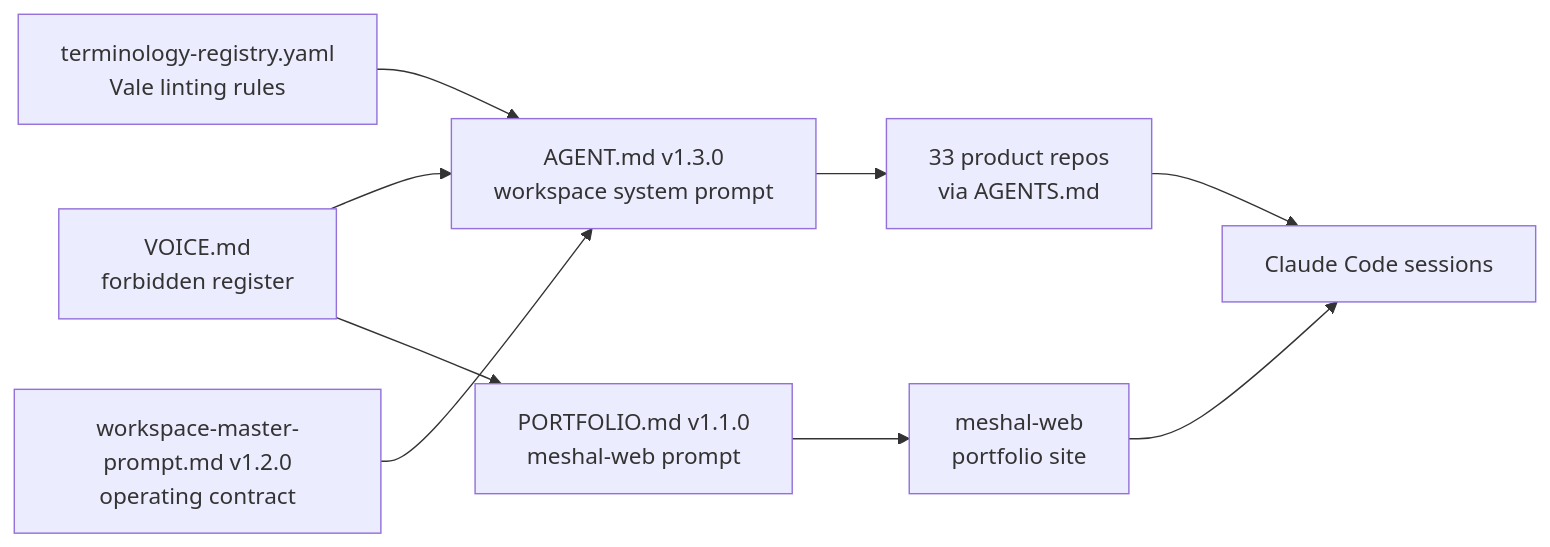
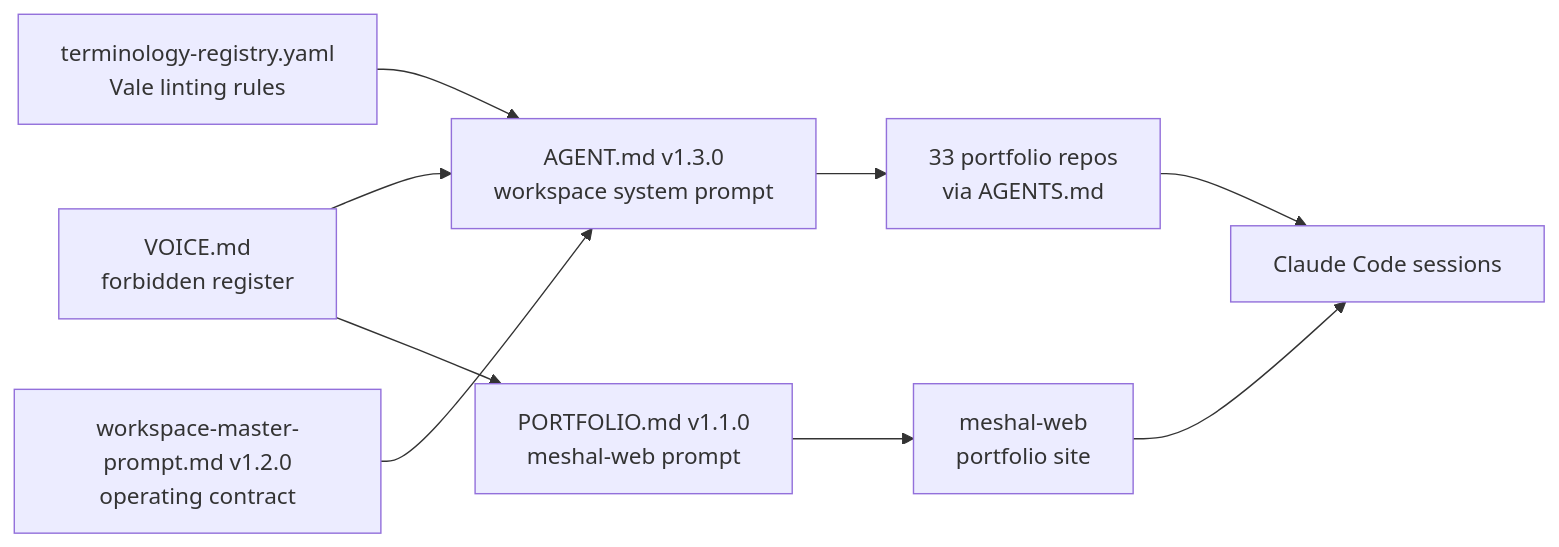
One commit to alawein/alawein changed the fourth of 6 diagrams in docs/architecture.md. Above: the diagram before and after it, drawn with Mermaid. The commit also changed other lines of this file, not shown here.

Commit message:
Declare two-axis topology model and correct architecture prose numbers

````diff
--- a/docs/architecture.md
+++ b/docs/architecture.md
@@ -131,17 +139,17 @@
 ```mermaid
 graph LR
   voice["VOICE.md\nforbidden register"]
   terms["terminology-registry.yaml\nVale linting rules"]
   agent["AGENT.md v1.3.0\nworkspace system prompt"]
   portfolio["PORTFOLIO.md v1.1.0\nmeshal-web prompt"]
   master["workspace-master-prompt.md v1.2.0\noperating contract"]
-  repos["33 product repos\nvia AGENTS.md"]
+  repos["33 portfolio repos\nvia AGENTS.md"]
   meshal["meshal-web\nportfolio site"]
   claude2["Claude Code sessions"]
 
   voice --> agent & portfolio
   terms --> agent
   master --> agent
   agent --> repos --> claude2
   portfolio --> meshal --> claude2
 ```
````
